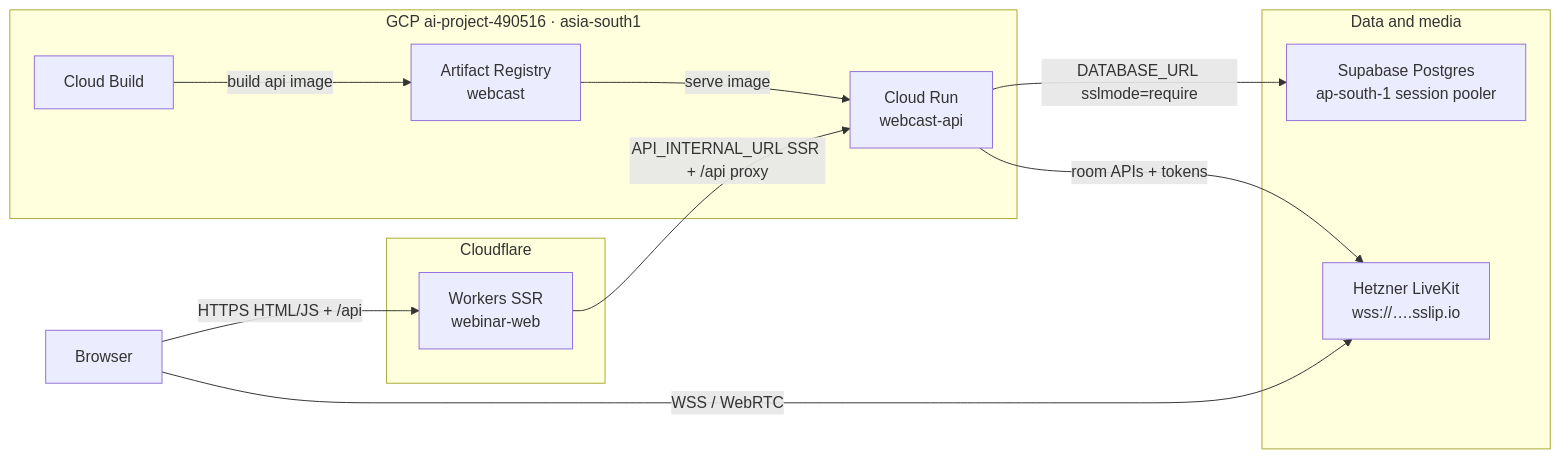
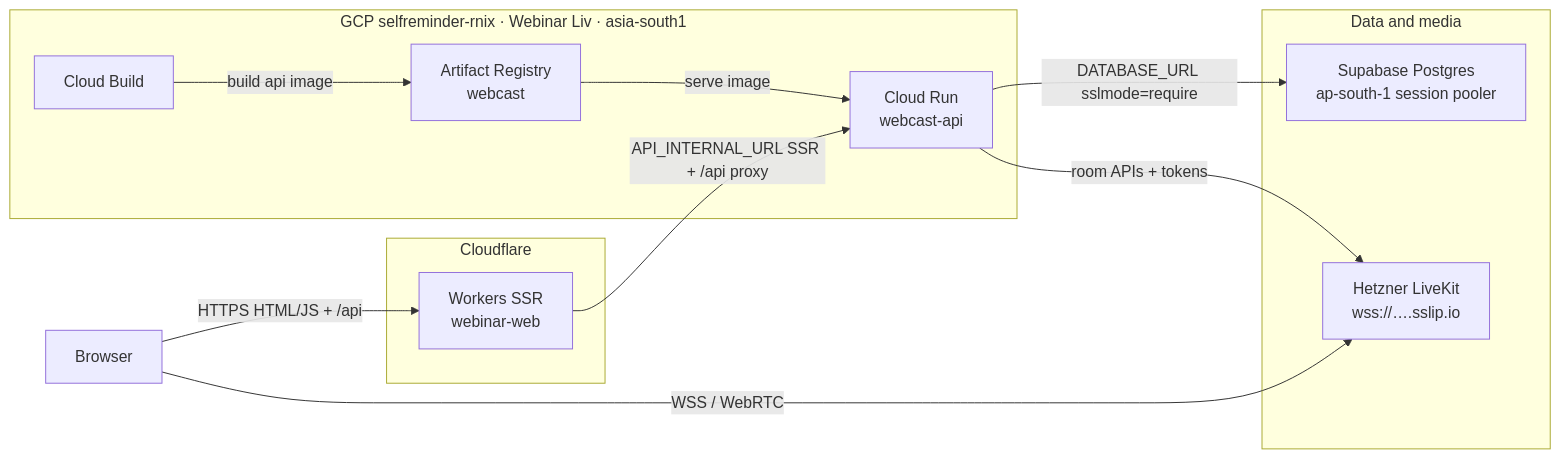
Before and after one commit to netesh3/webinar: the first of 2 diagrams in docs/DEPLOYMENT-TOPOLOGY.md, drawn with Mermaid. The commit also changed other lines of this file and 4 other files, not shown here.

First line of the commit message:
Move Cloud Run API to Webinar Liv GCP project.

````diff
--- a/docs/DEPLOYMENT-TOPOLOGY.md
+++ b/docs/DEPLOYMENT-TOPOLOGY.md
@@ -30,27 +30,27 @@
 ```mermaid
 flowchart LR
   Browser["Browser"]
 
   subgraph cf [Cloudflare]
     Web["Workers SSR\nwebinar-web"]
   end
 
-  subgraph gcp [GCP ai-project-490516 · asia-south1]
+  subgraph gcp [GCP selfreminder-rnix · Webinar Liv · asia-south1]
     Run["Cloud Run\nwebcast-api"]
     AR["Artifact Registry\nwebcast"]
     CB["Cloud Build"]
   end
 
   subgraph data [Data and media]
     SB["Supabase Postgres\nap-south-1 session pooler"]
     LK["Hetzner LiveKit\nwss://….sslip.io"]
   end
 
   Browser -->|"HTTPS HTML/JS + /api"| Web
   Browser -->|"WSS / WebRTC"| LK
   Web -->|"API_INTERNAL_URL SSR + /api proxy"| Run
   Run -->|"DATABASE_URL sslmode=require"| SB
   Run -->|"room APIs + tokens"| LK
   CB -->|"build api image"| AR
   AR -->|"serve image"| Run
 ```
````
